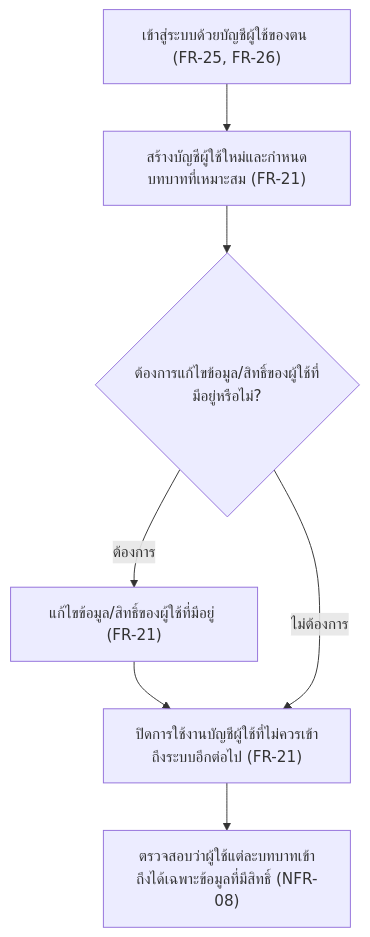
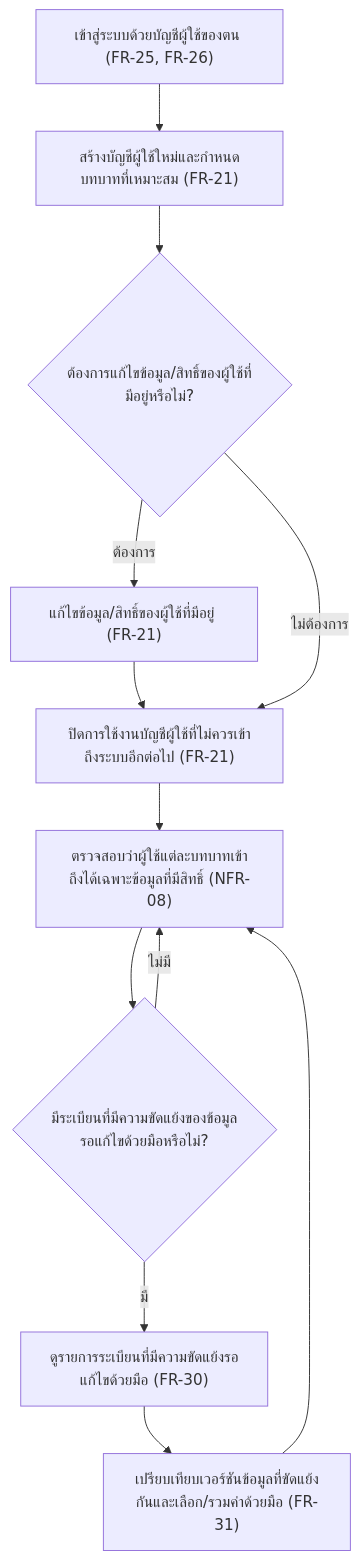
One commit to sirikorn-cmru/CrackAI-Field changed the third of 4 diagrams in docs/02-design/user-journey.md. Above: the diagram before and after it, drawn with Mermaid. The commit also changed other lines of this file and 2 other files, not shown here.

````diff
--- a/docs/02-design/user-journey.md
+++ b/docs/02-design/user-journey.md
@@ -112,14 +121,19 @@
 ```mermaid
 flowchart TD
     A["เข้าสู่ระบบด้วยบัญชีผู้ใช้ของตน (FR-25, FR-26)"]
     B["สร้างบัญชีผู้ใช้ใหม่และกำหนดบทบาทที่เหมาะสม (FR-21)"]
     C{"ต้องการแก้ไขข้อมูล/สิทธิ์ของผู้ใช้ที่มีอยู่หรือไม่?"}
     D["แก้ไขข้อมูล/สิทธิ์ของผู้ใช้ที่มีอยู่ (FR-21)"]
     E["ปิดการใช้งานบัญชีผู้ใช้ที่ไม่ควรเข้าถึงระบบอีกต่อไป (FR-21)"]
     F["ตรวจสอบว่าผู้ใช้แต่ละบทบาทเข้าถึงได้เฉพาะข้อมูลที่มีสิทธิ์ (NFR-08)"]
+    G{"มีระเบียนที่มีความขัดแย้งของข้อมูลรอแก้ไขด้วยมือหรือไม่?"}
+    H["ดูรายการระเบียนที่มีความขัดแย้งรอแก้ไขด้วยมือ (FR-30)"]
+    I["เปรียบเทียบเวอร์ชันข้อมูลที่ขัดแย้งกันและเลือก/รวมค่าด้วยมือ (FR-31)"]
 
     A --> B --> C
     C -->|ต้องการ| D --> E
     C -->|ไม่ต้องการ| E
-    E --> F
+    E --> F --> G
+    G -->|มี| H --> I --> F
+    G -->|ไม่มี| F
 ```
````
